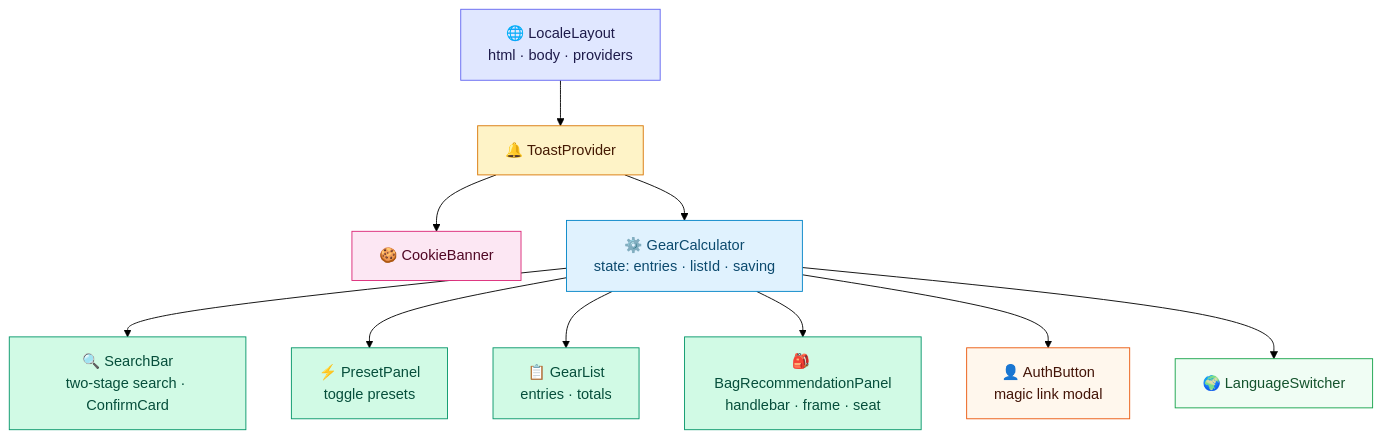
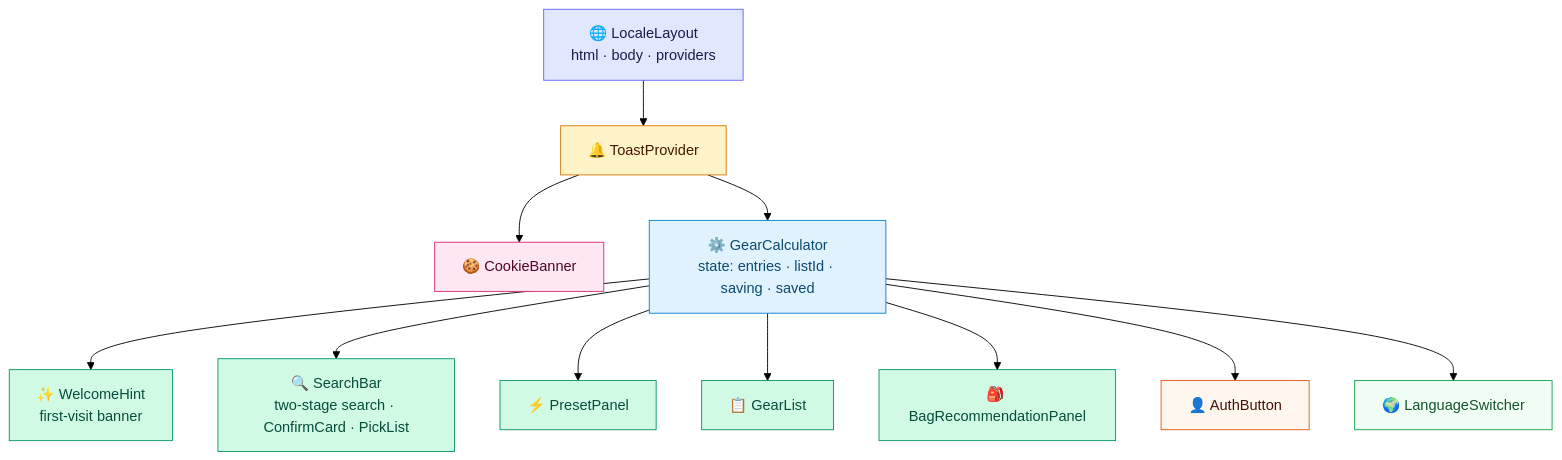
The eighth of 12 diagrams in docs/architecture.md (alexzhel-io/veloadout), drawn with Mermaid (forest theme) before and after one commit. The commit also changed other lines of this file and 1 other file, not shown here.

First line of the commit message:
docs: rewrite architecture & operations as narrative — reads like an article

````diff
--- a/docs/architecture.md
+++ b/docs/architecture.md
@@ -413,35 +644,38 @@
 ```mermaid
 graph TD
     LL["🌐 LocaleLayout<br>html · body · providers"]
     TC["🔔 ToastProvider"]
     CB["🍪 CookieBanner"]
-    GC["⚙️ GearCalculator<br>state: entries · listId · saving"]
+    GC["⚙️ GearCalculator<br>state: entries · listId · saving · saved"]
 
-    SB["🔍 SearchBar<br>two-stage search · ConfirmCard"]
-    PP["⚡ PresetPanel<br>toggle presets"]
-    GL["📋 GearList<br>entries · totals"]
-    BRP["🎒 BagRecommendationPanel<br>handlebar · frame · seat"]
-    AB["👤 AuthButton<br>magic link modal"]
+    WH["✨ WelcomeHint<br>first-visit banner"]
+    SB["🔍 SearchBar<br>two-stage search · ConfirmCard · PickList"]
+    PP["⚡ PresetPanel"]
+    GL["📋 GearList"]
+    BRP["🎒 BagRecommendationPanel"]
+    AB["👤 AuthButton"]
     LS["🌍 LanguageSwitcher"]
 
     LL --> TC
     TC --> CB
     TC --> GC
+    GC --> WH
     GC --> SB
     GC --> PP
     GC --> GL
     GC --> BRP
     GC --> AB
     GC --> LS
 
     style LL fill:#e0e7ff,stroke:#6366f1,color:#1e1b4b
     style TC fill:#fef3c7,stroke:#d97706,color:#451a03
     style CB fill:#fce7f3,stroke:#db2777,color:#500724
     style GC fill:#e0f2fe,stroke:#0284c7,color:#0c4a6e
+    style WH fill:#d1fae5,stroke:#059669,color:#064e3b
     style SB fill:#d1fae5,stroke:#059669,color:#064e3b
     style PP fill:#d1fae5,stroke:#059669,color:#064e3b
     style GL fill:#d1fae5,stroke:#059669,color:#064e3b
     style BRP fill:#d1fae5,stroke:#059669,color:#064e3b
     style AB fill:#fff7ed,stroke:#ea580c,color:#431407
     style LS fill:#f0fdf4,stroke:#16a34a,color:#14532d
 ```
````
